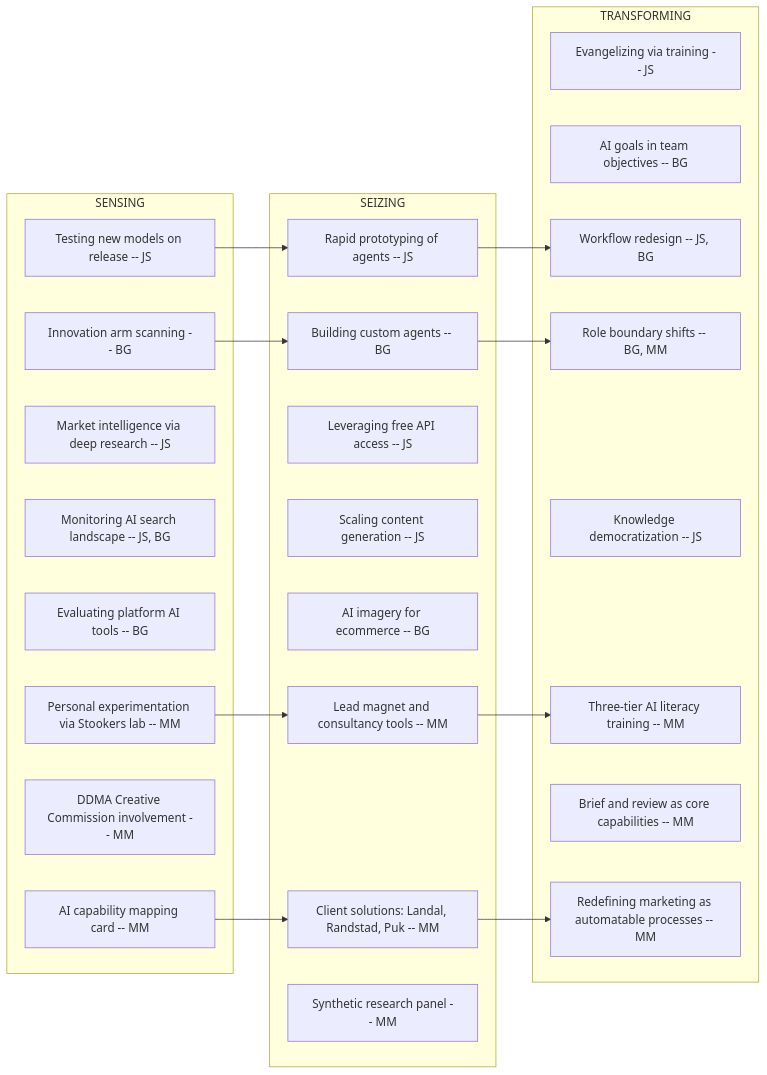
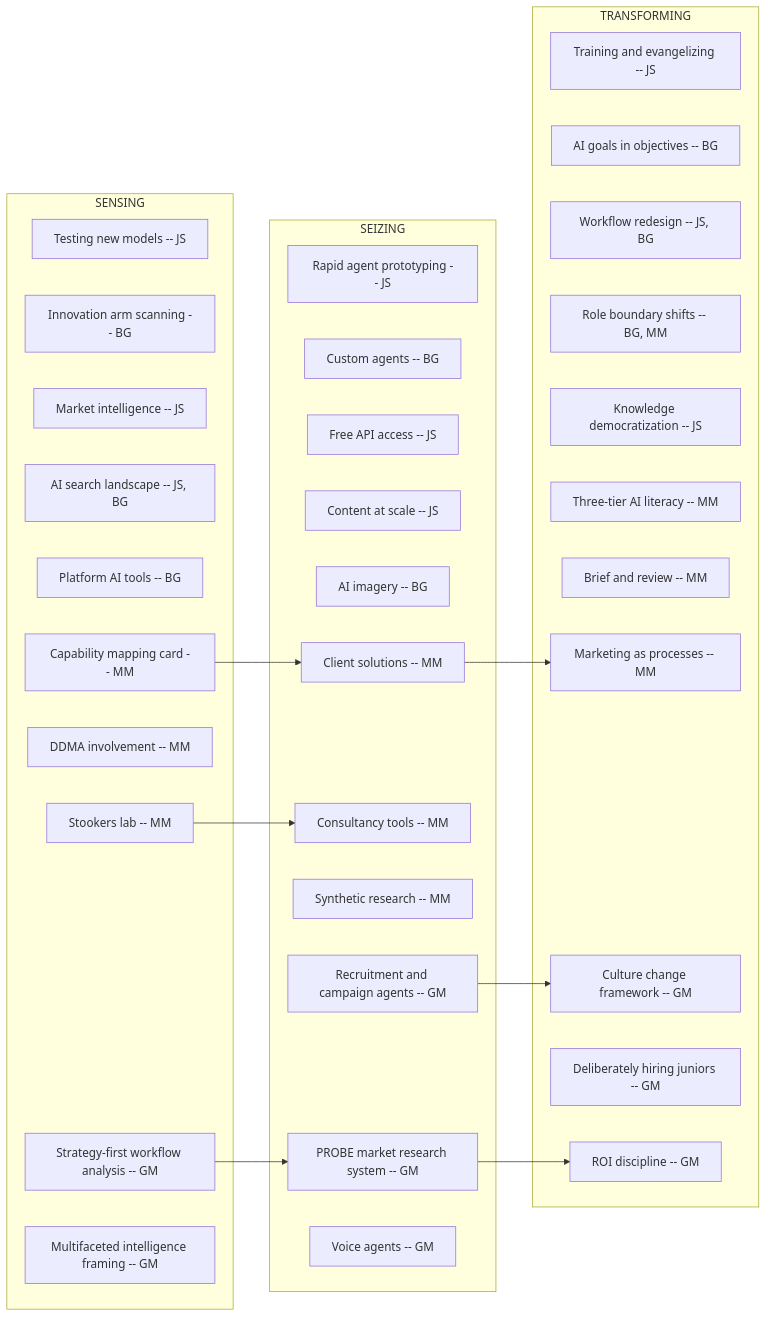
Before and after one commit to Luttik/thesis: the fourth of 4 diagrams in transcript-codes/Cross-Case Code Alignment.md, drawn with Mermaid. The commit also changed other lines of this file and 3 other files, not shown here.

````diff
--- a/transcript-codes/Cross-Case Code Alignment.md
+++ b/transcript-codes/Cross-Case Code Alignment.md
@@ -247,44 +258,50 @@
 ```mermaid
 graph LR
     subgraph sensing [SENSING]
-        S1["Testing new models on release -- JS"]
+        S1["Testing new models -- JS"]
         S2["Innovation arm scanning -- BG"]
-        S3["Market intelligence via deep research -- JS"]
-        S4["Monitoring AI search landscape -- JS, BG"]
-        S5["Evaluating platform AI tools -- BG"]
-        S6["AI capability mapping card -- MM"]
-        S7["DDMA Creative Commission involvement -- MM"]
-        S8["Personal experimentation via Stookers lab -- MM"]
+        S3["Market intelligence -- JS"]
+        S4["AI search landscape -- JS, BG"]
+        S5["Platform AI tools -- BG"]
+        S6["Capability mapping card -- MM"]
+        S7["DDMA involvement -- MM"]
+        S8["Stookers lab -- MM"]
+        S9["Strategy-first workflow analysis -- GM"]
+        S10["Multifaceted intelligence framing -- GM"]
     end
 
     subgraph seizing [SEIZING]
-        Z1["Rapid prototyping of agents -- JS"]
-        Z2["Building custom agents -- BG"]
-        Z3["Leveraging free API access -- JS"]
-        Z4["Scaling content generation -- JS"]
-        Z5["AI imagery for ecommerce -- BG"]
-        Z6["Client solutions: Landal, Randstad, Puk -- MM"]
-        Z7["Lead magnet and consultancy tools -- MM"]
-        Z8["Synthetic research panel -- MM"]
+        Z1["Rapid agent prototyping -- JS"]
+        Z2["Custom agents -- BG"]
+        Z3["Free API access -- JS"]
+        Z4["Content at scale -- JS"]
+        Z5["AI imagery -- BG"]
+        Z6["Client solutions -- MM"]
+        Z7["Consultancy tools -- MM"]
+        Z8["Synthetic research -- MM"]
+        Z9["PROBE market research system -- GM"]
+        Z10["Recruitment and campaign agents -- GM"]
+        Z11["Voice agents -- GM"]
     end
 
     subgraph transforming [TRANSFORMING]
-        T1["Evangelizing via training -- JS"]
-        T2["AI goals in team objectives -- BG"]
+        T1["Training and evangelizing -- JS"]
+        T2["AI goals in objectives -- BG"]
         T3["Workflow redesign -- JS, BG"]
         T4["Role boundary shifts -- BG, MM"]
         T5["Knowledge democratization -- JS"]
-        T6["Three-tier AI literacy training -- MM"]
-        T7["Brief and review as core capabilities -- MM"]
-        T8["Redefining marketing as automatable processes -- MM"]
+        T6["Three-tier AI literacy -- MM"]
+        T7["Brief and review -- MM"]
+        T8["Marketing as processes -- MM"]
+        T9["Culture change framework -- GM"]
+        T10["Deliberately hiring juniors -- GM"]
+        T11["ROI discipline -- GM"]
     end
 
-    S1 --> Z1
-    S2 --> Z2
+    S9 --> Z9
     S6 --> Z6
     S8 --> Z7
-    Z1 --> T3
+    Z9 --> T11
     Z6 --> T8
-    Z7 --> T6
-    Z2 --> T4
+    Z10 --> T9
 ```
````
